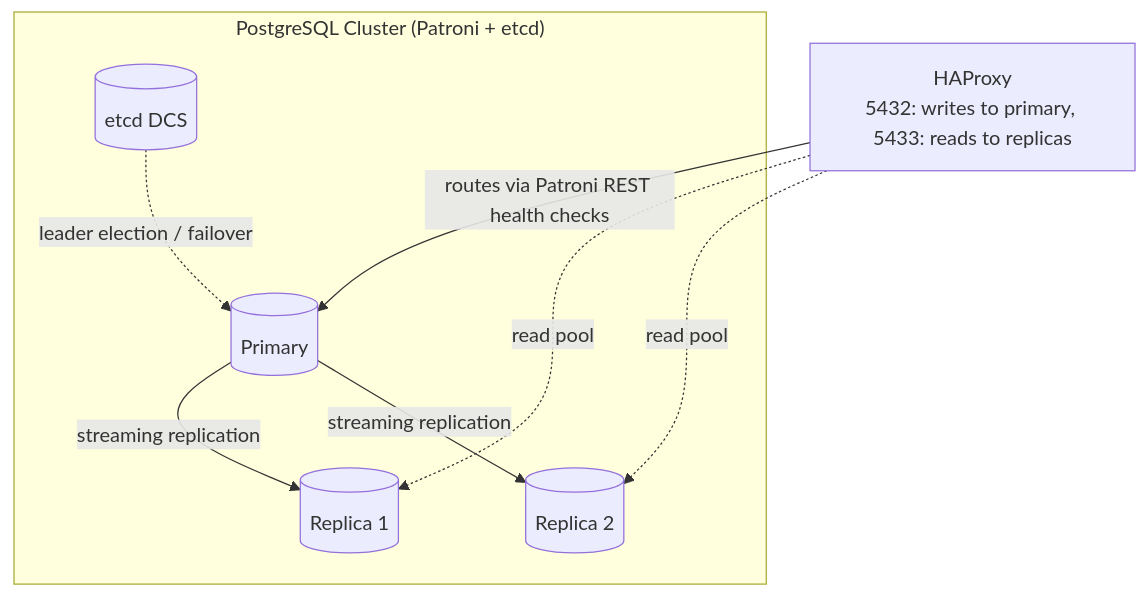
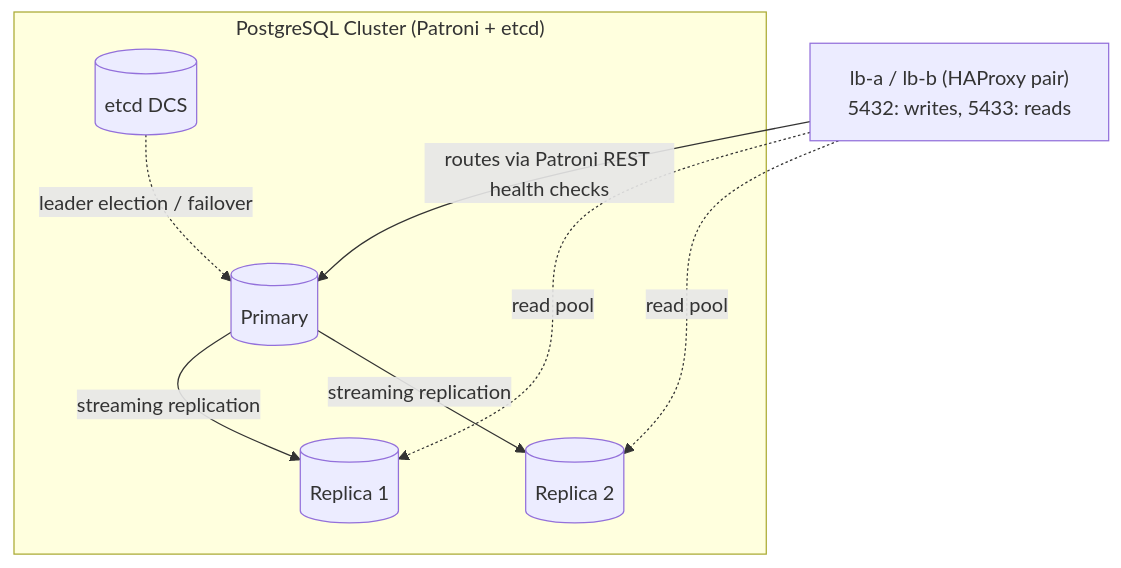
Before and after one commit to bahman-farhadian/Meanul-Data-Studio: the fifth of 9 diagrams in README.md, drawn with Mermaid. The commit also changed other lines of this file and 1 other file, not shown here.

Commit message:
Readable diagrams, Avro + Schema Registry, lb-a/lb-b HAProxy pair, conceptual-schema notes

````diff
--- a/README.md
+++ b/README.md
@@ -259,18 +299,18 @@
 ```mermaid
 graph TB
-    HAP["HAProxy<br/>5432: writes to primary, 5433: reads to replicas"]
+    HAP["lb-a / lb-b (HAProxy pair)<br/>5432: writes, 5433: reads"]
 
     subgraph PGCluster ["PostgreSQL Cluster (Patroni + etcd)"]
         PRIM[("Primary")]
         REP1[("Replica 1")]
         REP2[("Replica 2")]
         ETCD[("etcd DCS")]
     end
 
     HAP -->|"routes via Patroni REST health checks"| PRIM
     HAP -.->|"read pool"| REP1
     HAP -.->|"read pool"| REP2
     PRIM -->|"streaming replication"| REP1
     PRIM -->|"streaming replication"| REP2
     ETCD -.->|"leader election / failover"| PRIM
 ```
````
